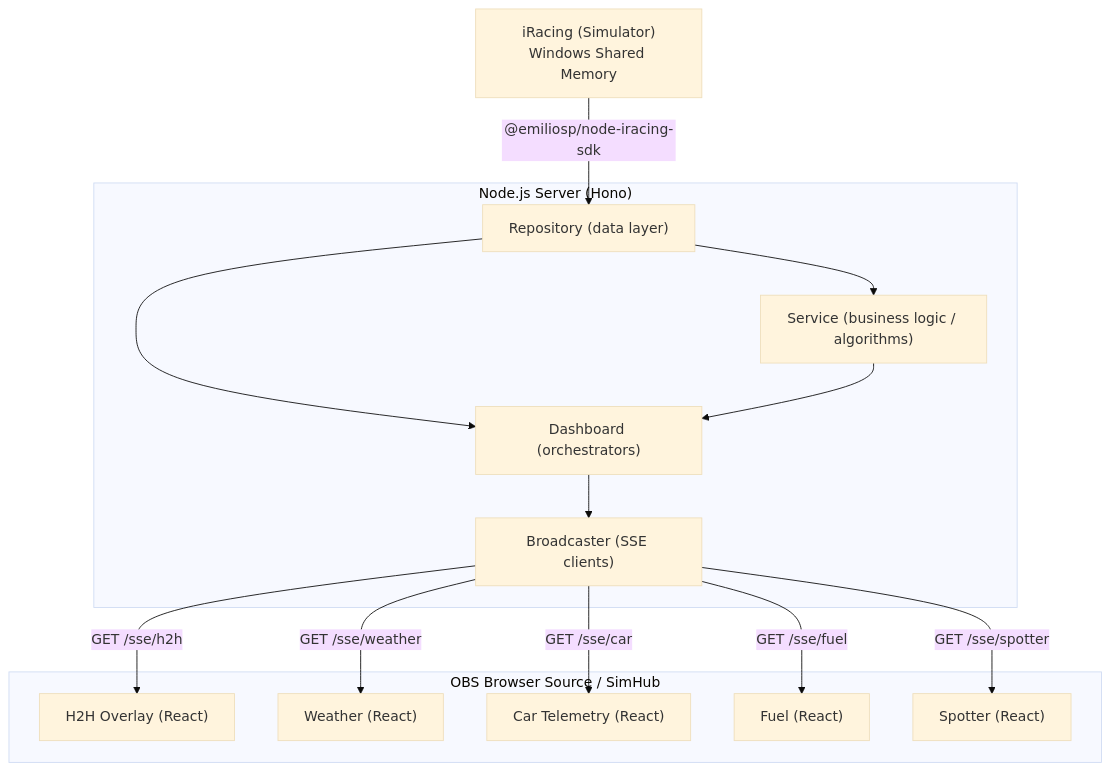
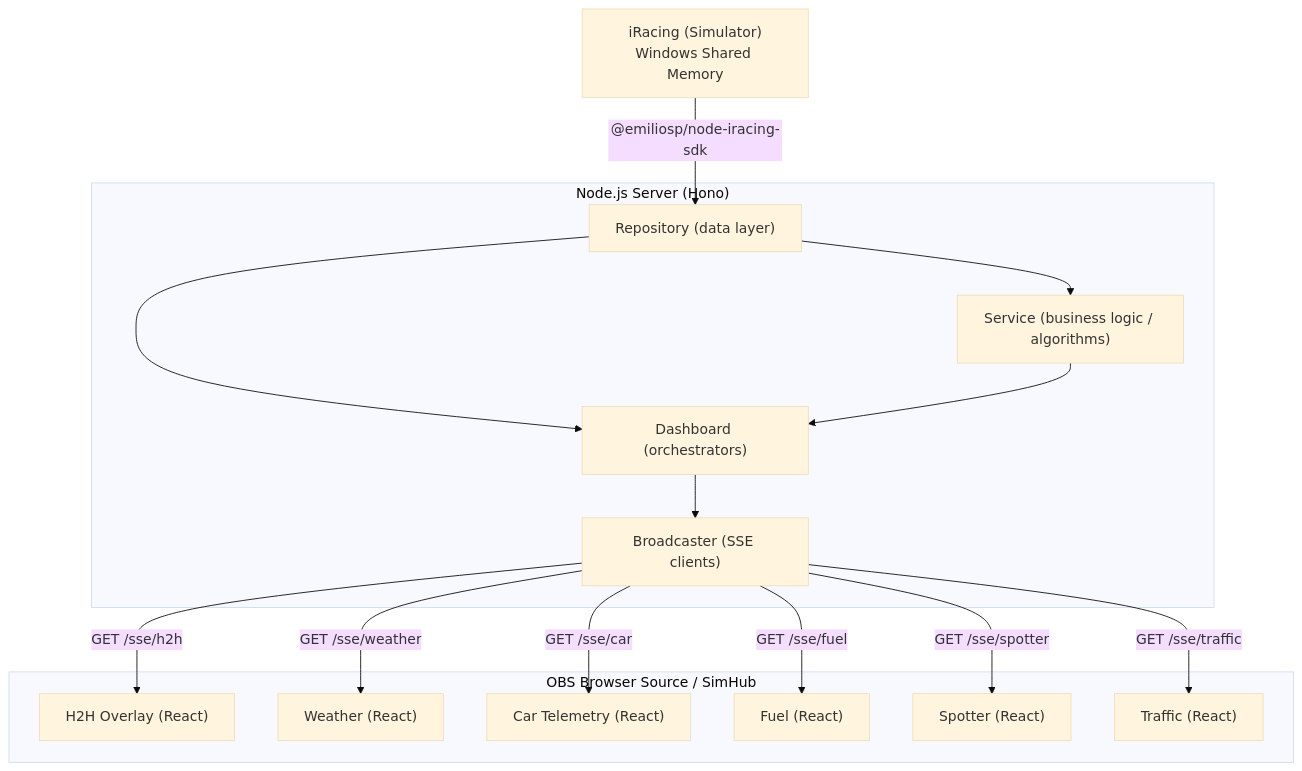
Before and after one commit to emilioSp/h2h-iracing: the diagram in docs/architecture.md, drawn with Mermaid (base theme). The commit also changed other lines of this file and 51 other files, not shown here.

````diff
--- a/docs/architecture.md
+++ b/docs/architecture.md
@@ -9,32 +9,34 @@
 ```mermaid
 flowchart TD
     iRacing["iRacing (Simulator)<br/>Windows Shared Memory"]
 
     iRacing -->|"@emiliosp/node-iracing-sdk"| Repo
 
     subgraph Server["Node.js Server (Hono)"]
         Repo["Repository (data layer)"]
         Service["Service (business logic / algorithms)"]
         Dashboard["Dashboard (orchestrators)"]
         Broadcaster["Broadcaster (SSE clients)"]
 
         Repo --> Dashboard
         Repo --> Service
         Service --> Dashboard
         Dashboard --> Broadcaster
     end
 
     subgraph OBS["OBS Browser Source / SimHub"]
         H2H["H2H Overlay (React)"]
         Weather["Weather (React)"]
         Car["Car Telemetry (React)"]
         Fuel["Fuel (React)"]
         Spotter["Spotter (React)"]
+        Traffic["Traffic (React)"]
     end
 
     Broadcaster -->|"GET /sse/h2h"| H2H
     Broadcaster -->|"GET /sse/weather"| Weather
     Broadcaster -->|"GET /sse/car"| Car
     Broadcaster -->|"GET /sse/fuel"| Fuel
     Broadcaster -->|"GET /sse/spotter"| Spotter
+    Broadcaster -->|"GET /sse/traffic"| Traffic
 ```
````
